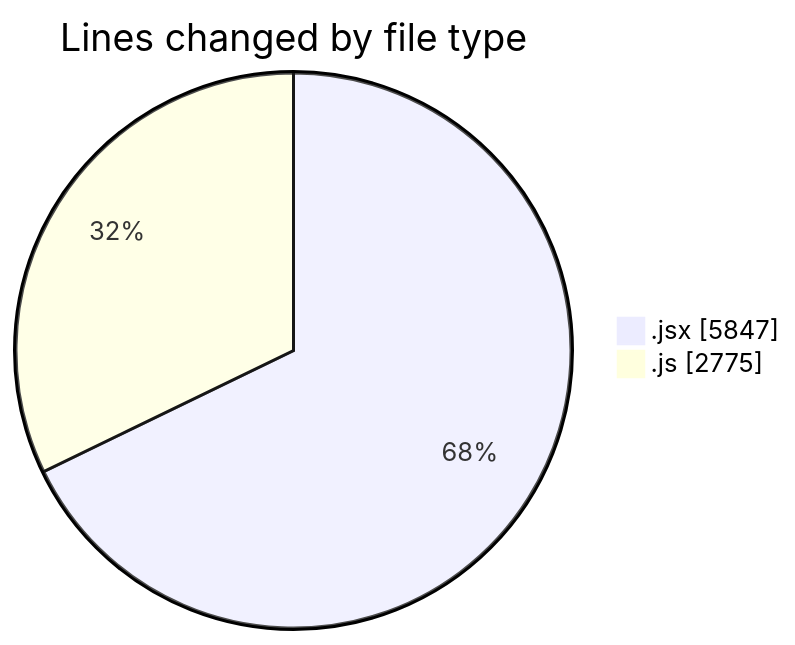
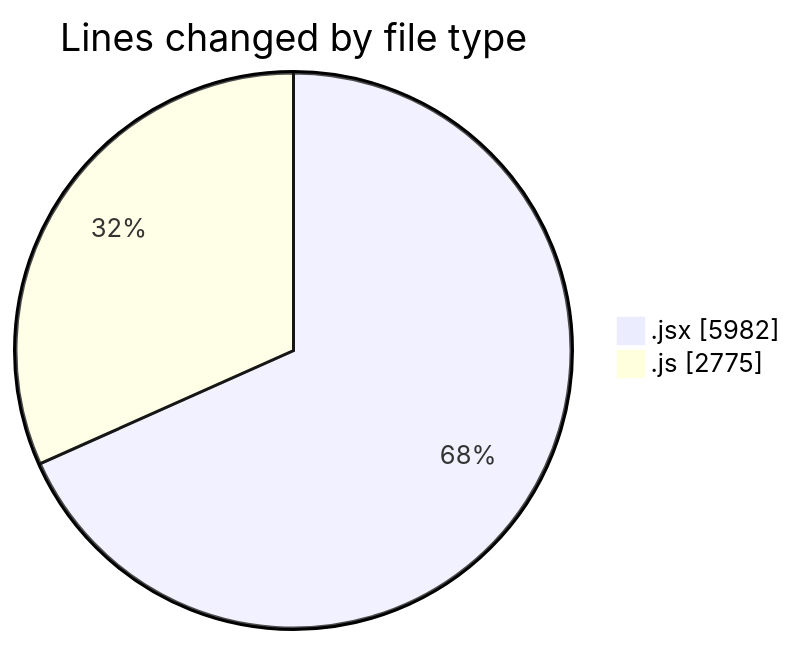
One commit to nxtqubesakshisongat/code-tracking changed the first of 2 diagrams in 2025-08-04/nxtqube_webapp/README.md. Above: the diagram before and after it, drawn with Mermaid. The commit also changed other lines of this file and 1 other file, not shown here.

````diff
--- a/2025-08-04/nxtqube_webapp/README.md
+++ b/2025-08-04/nxtqube_webapp/README.md
@@ -41,6 +41,6 @@
 ```mermaid
 pie showData
 title Lines changed by file type
-".jsx" : 5847
+".jsx" : 5982
 ".js" : 2775
 ```
````
